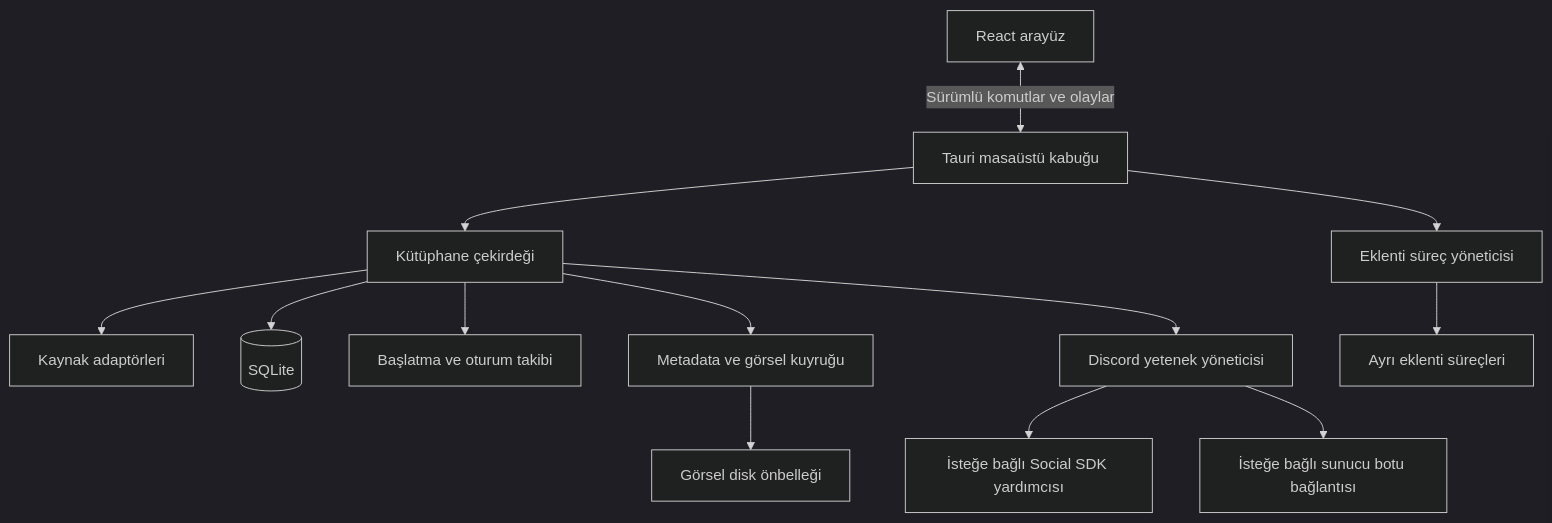
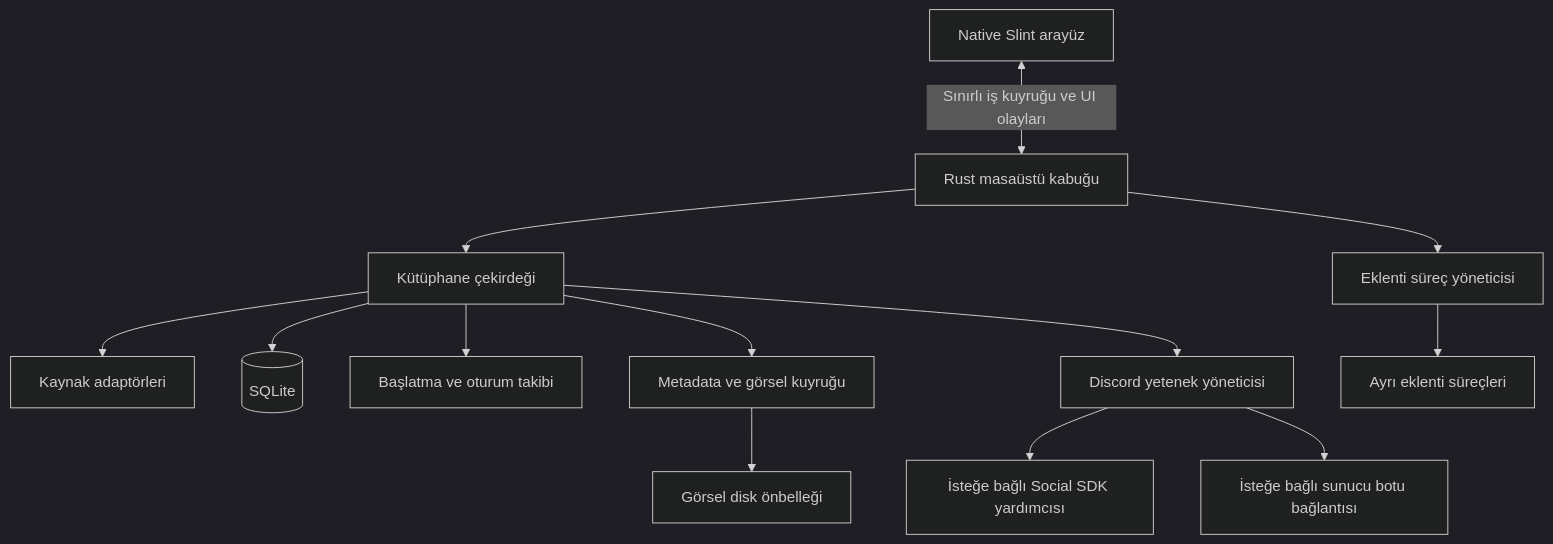
One commit to tugcantopaloglu/game-library changed the diagram in docs/mimari.md. Above: the diagram before and after it, drawn with Mermaid (dark theme). The commit also changed other lines of this file and 16 other files, not shown here.

Commit message:
Move the Steam desktop to a native Rust and Slint interface

````diff
--- a/docs/mimari.md
+++ b/docs/mimari.md
@@ -13,15 +13,15 @@
 ```mermaid
 flowchart TD
-    UI[React arayüz] <-->|Sürümlü komutlar ve olaylar| HOST[Tauri masaüstü kabuğu]
+    UI[Native Slint arayüz] <-->|Sınırlı iş kuyruğu ve UI olayları| HOST[Rust masaüstü kabuğu]
     HOST --> CORE[Kütüphane çekirdeği]
     CORE --> SCAN[Kaynak adaptörleri]
     CORE --> DB[(SQLite)]
     CORE --> LAUNCH[Başlatma ve oturum takibi]
     CORE --> MEDIA[Metadata ve görsel kuyruğu]
     CORE --> SOCIAL[Discord yetenek yöneticisi]
     MEDIA --> CACHE[Görsel disk önbelleği]
     SOCIAL --> SDK[İsteğe bağlı Social SDK yardımcısı]
     SOCIAL --> BOT[İsteğe bağlı sunucu botu bağlantısı]
     HOST --> EXT[Eklenti süreç yöneticisi]
     EXT --> WORKER[Ayrı eklenti süreçleri]
 ```
````
